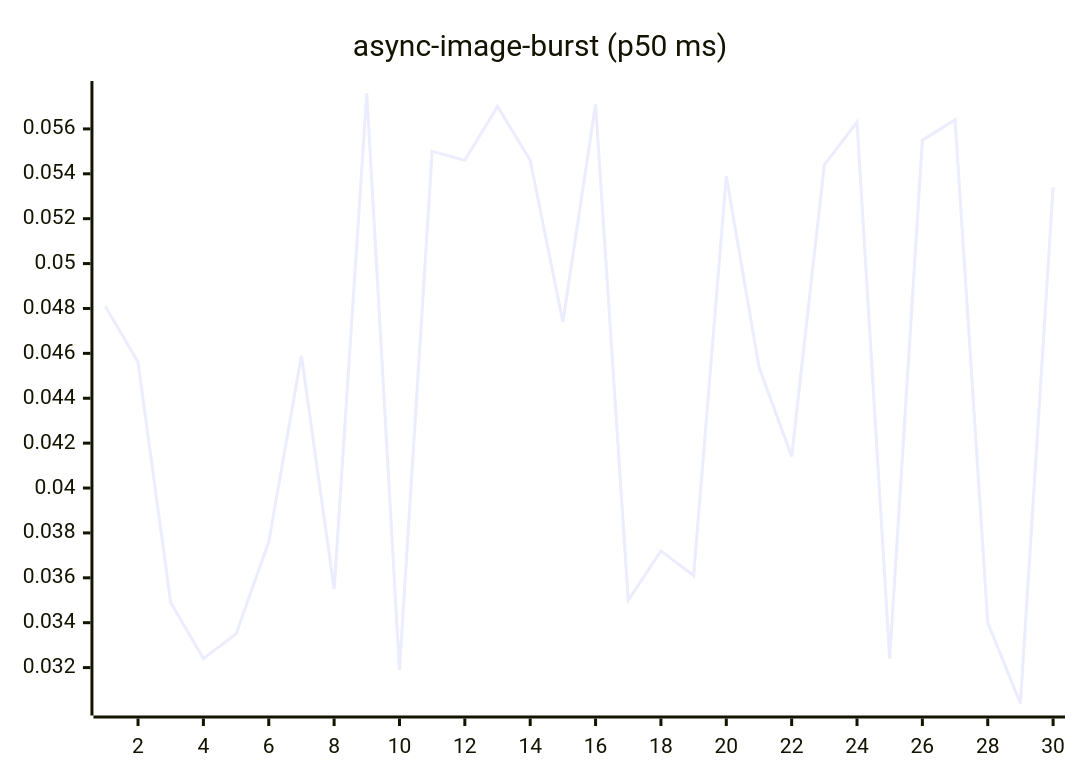
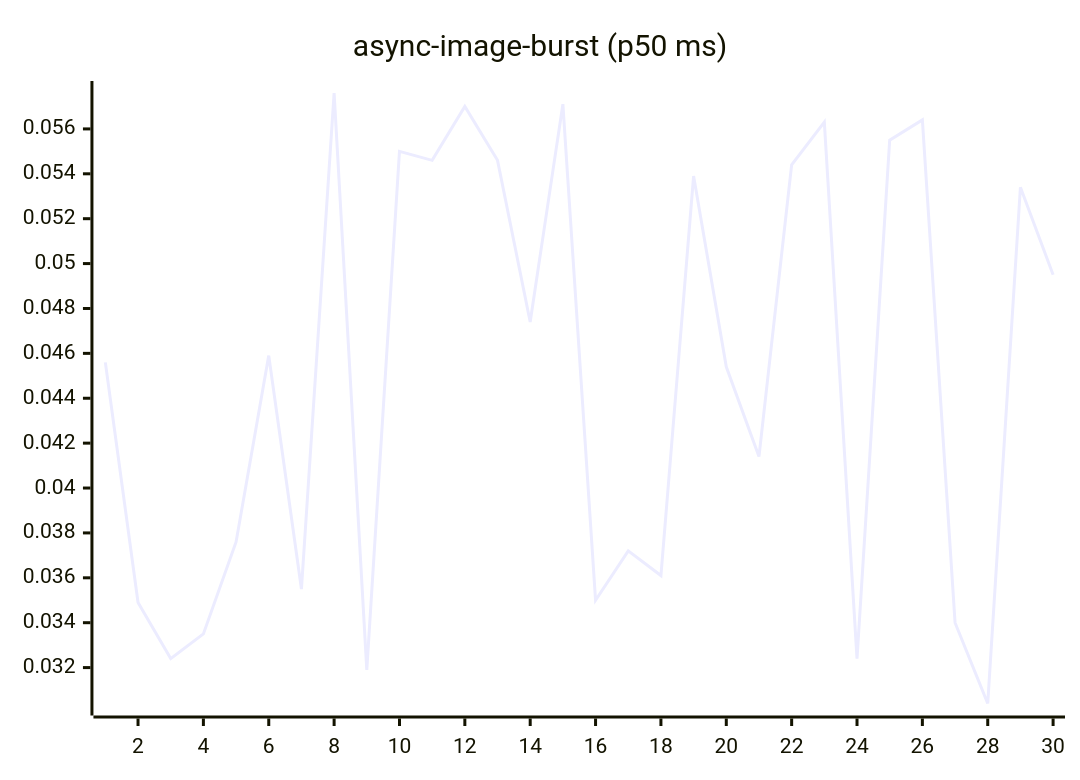
Before and after one commit to josha/Facet: the fourth of 27 diagrams in README.md, drawn with Mermaid. The commit also changed other lines of this file and 2 other files, not shown here.

````diff
--- a/README.md
+++ b/README.md
@@ -84,6 +84,6 @@
 ```mermaid
 xychart-beta
     title "async-image-burst (p50 ms)"
     x-axis 1 --> 30
-    line [0.0481, 0.0456, 0.0349, 0.0324, 0.0335, 0.0376, 0.0459, 0.0355, 0.0576, 0.0319, 0.0550, 0.0546, 0.0570, 0.0546, 0.0474, 0.0571, 0.0350, 0.0372, 0.0361, 0.0539, 0.0454, 0.0414, 0.0544, 0.0563, 0.0324, 0.0555, 0.0564, 0.0340, 0.0304, 0.0534]
+    line [0.0456, 0.0349, 0.0324, 0.0335, 0.0376, 0.0459, 0.0355, 0.0576, 0.0319, 0.0550, 0.0546, 0.0570, 0.0546, 0.0474, 0.0571, 0.0350, 0.0372, 0.0361, 0.0539, 0.0454, 0.0414, 0.0544, 0.0563, 0.0324, 0.0555, 0.0564, 0.0340, 0.0304, 0.0534, 0.0495]
 ```
````
